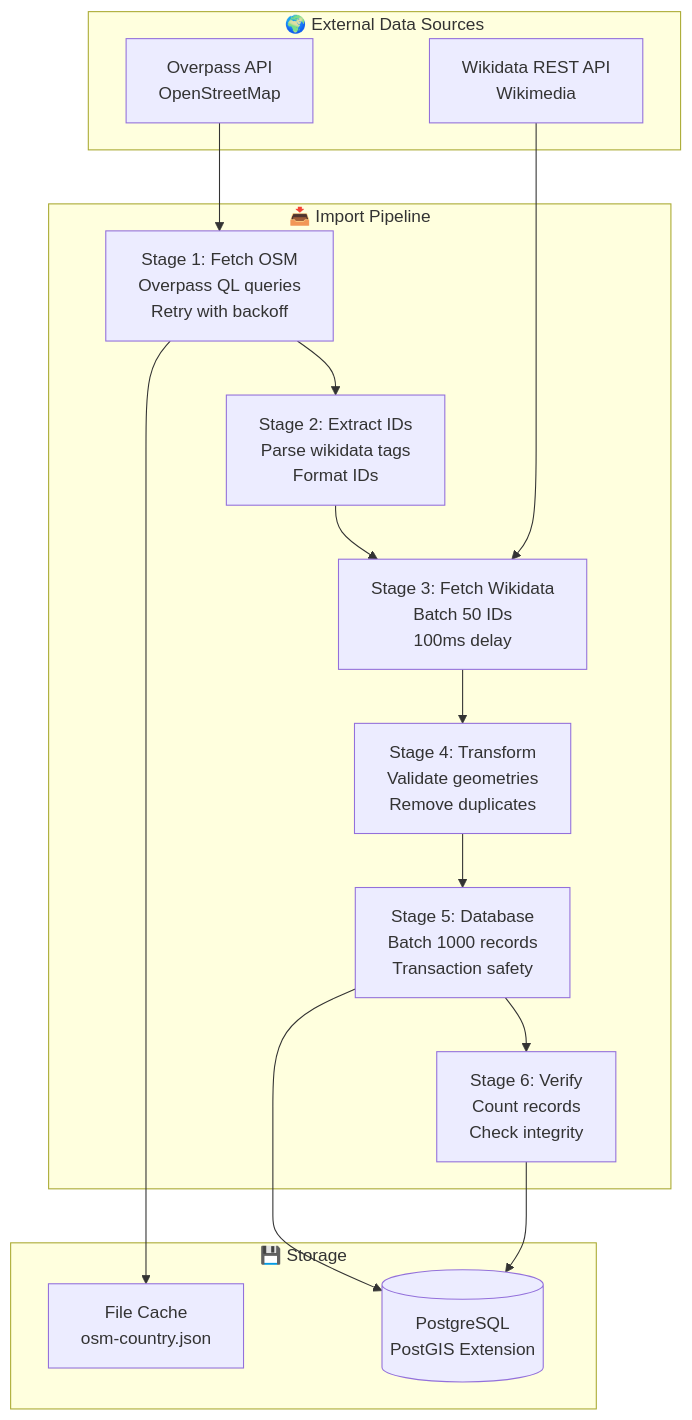
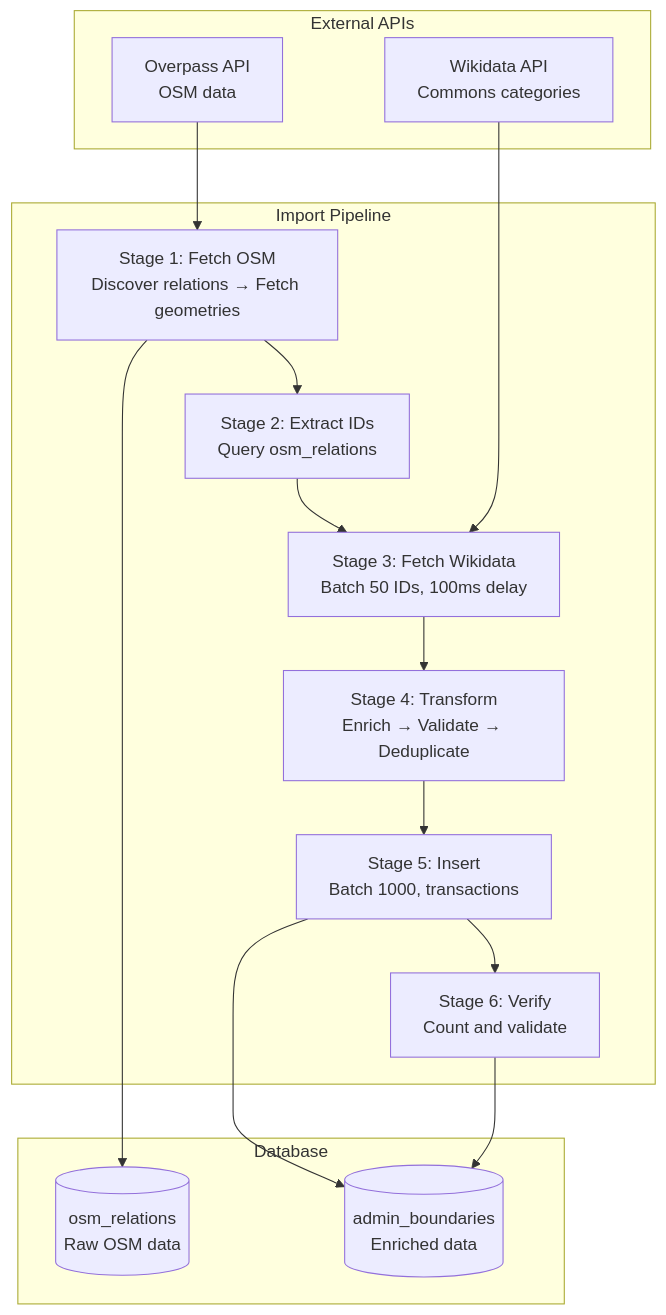
One commit to DaxServer/geocode-commons-categories changed the first of 6 diagrams in docs/import/visual-overview.md. Above: the diagram before and after it, drawn with Mermaid. The commit also changed other lines of this file and 11 other files, not shown here.

````diff
--- a/docs/import/visual-overview.md
+++ b/docs/import/visual-overview.md
@@ -7,33 +7,32 @@
 ```mermaid
 graph TB
-    subgraph "🌍 External Data Sources"
-        OSM_API[Overpass API<br/>OpenStreetMap]
-        WD_API[Wikidata REST API<br/>Wikimedia]
+    subgraph "External APIs"
+        OSM_API[Overpass API<br/>OSM data]
+        WD_API[Wikidata API<br/>Commons categories]
     end
 
-    subgraph "📥 Import Pipeline"
-        STAGE1[Stage 1: Fetch OSM<br/>Overpass QL queries<br/>Retry with backoff]
-        STAGE2[Stage 2: Extract IDs<br/>Parse wikidata tags<br/>Format IDs]
-        STAGE3[Stage 3: Fetch Wikidata<br/>Batch 50 IDs<br/>100ms delay]
-        STAGE4[Stage 4: Transform<br/>Validate geometries<br/>Remove duplicates]
-        STAGE5[Stage 5: Database<br/>Batch 1000 records<br/>Transaction safety]
-        STAGE6[Stage 6: Verify<br/>Count records<br/>Check integrity]
+    subgraph "Import Pipeline"
+        S1[Stage 1: Fetch OSM<br/>Discover relations → Fetch geometries]
+        S2[Stage 2: Extract IDs<br/>Query osm_relations]
+        S3[Stage 3: Fetch Wikidata<br/>Batch 50 IDs, 100ms delay]
+        S4[Stage 4: Transform<br/>Enrich → Validate → Deduplicate]
+        S5[Stage 5: Insert<br/>Batch 1000, transactions]
+        S6[Stage 6: Verify<br/>Count and validate]
     end
 
-    subgraph "💾 Storage"
-        CACHE["File Cache<br/>osm-country.json"]
-        POSTGRES[(PostgreSQL<br/>PostGIS Extension)]
+    subgraph "Database"
+        OSM_TBL[(osm_relations<br/>Raw OSM data)]
+        ADMIN_TBL[(admin_boundaries<br/>Enriched data)]
     end
 
-    OSM_API --> STAGE1
-    STAGE1 --> CACHE
-    STAGE1 --> STAGE2
-    STAGE2 --> STAGE3
-    WD_API --> STAGE3
-    STAGE3 --> STAGE4
-    STAGE4 --> STAGE5
-    STAGE5 --> POSTGRES
-    STAGE5 --> STAGE6
-    STAGE6 --> POSTGRES
-
+    OSM_API --> S1
+    S1 --> OSM_TBL
+    S1 --> S2
+    S2 --> S3
+    WD_API --> S3
+    S3 --> S4
+    S4 --> S5
+    S5 --> ADMIN_TBL
+    S5 --> S6
+    S6 --> ADMIN_TBL
 ```
````
